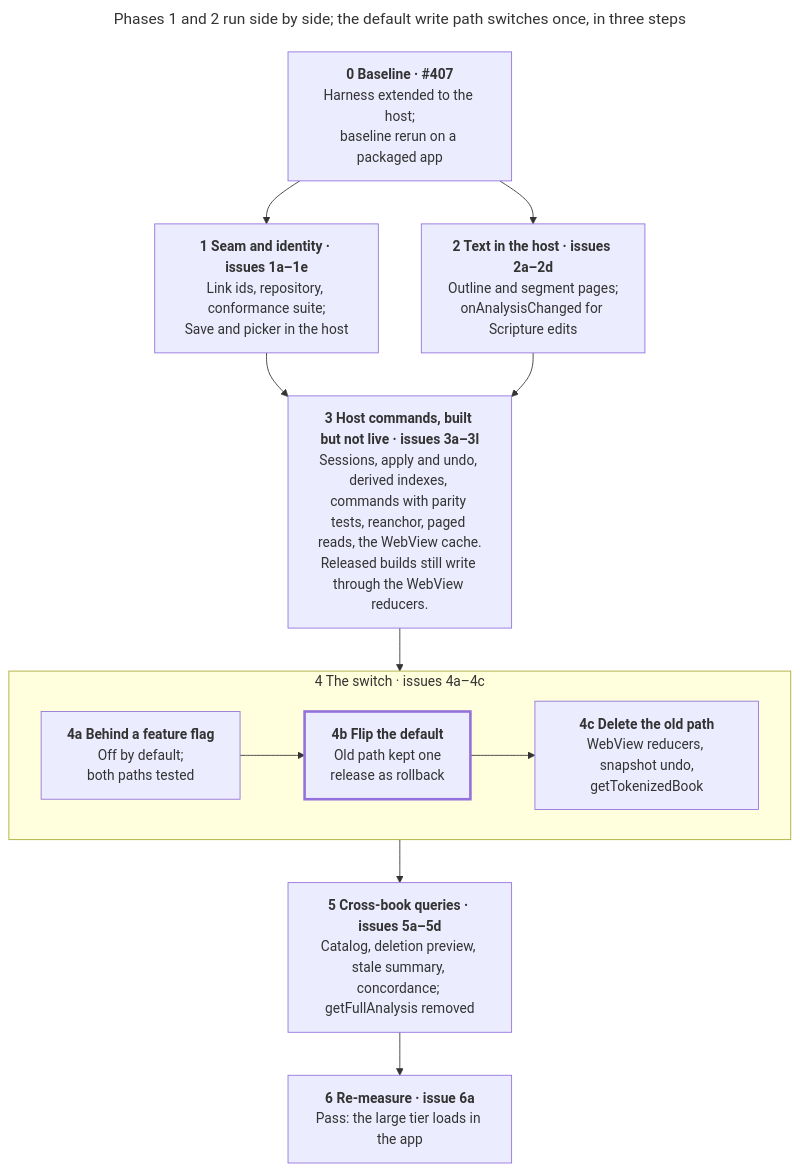
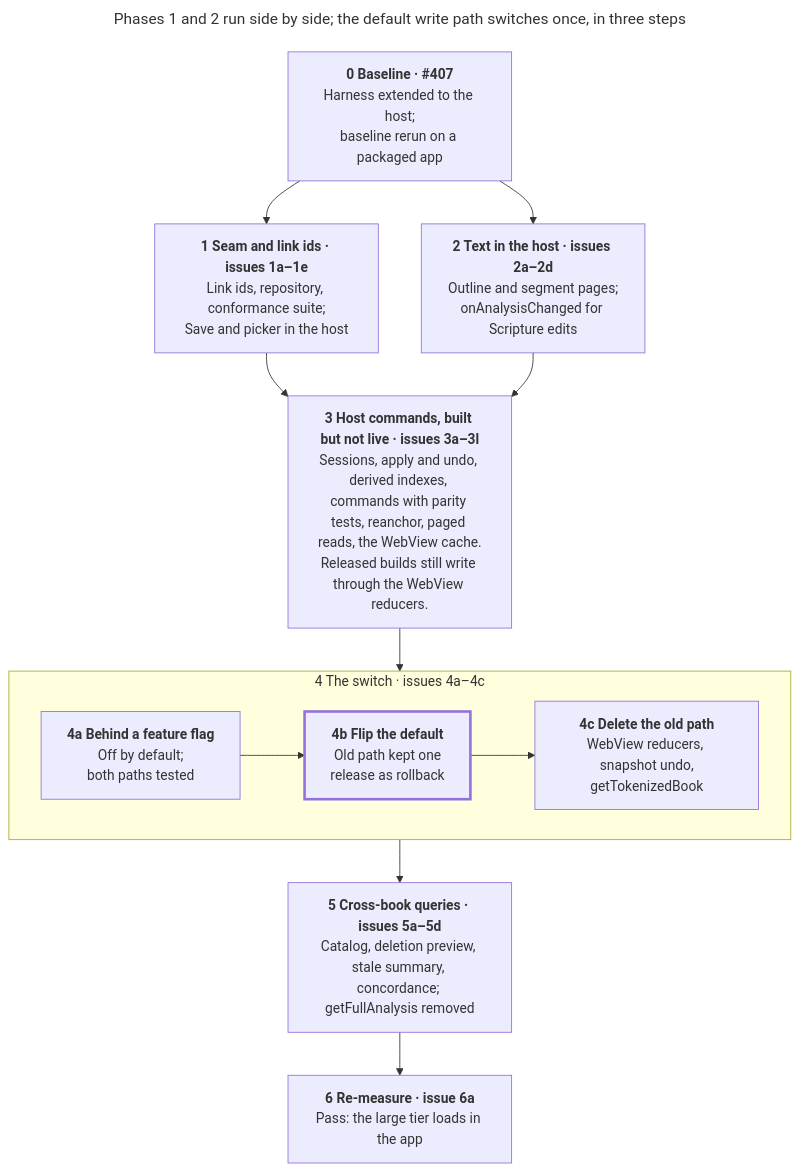
One commit to sillsdev/interlinearizer-extension changed the second of 2 diagrams in docs/data-layer-plan/plan.md. Above: the diagram before and after it, drawn with Mermaid. The commit also changed other lines of this file and 1 other file, not shown here.

First line of the commit message:
Define the data layer plan's storage and seam vocabulary

````diff
--- a/docs/data-layer-plan/plan.md
+++ b/docs/data-layer-plan/plan.md
@@ -109,24 +109,24 @@
 ```mermaid
 ---
 title: Phases 1 and 2 run side by side; the default write path switches once, in three steps
 ---
 flowchart TB
   p0["<b>0 Baseline · #407</b><br/>Harness extended to the host;<br/>baseline rerun on a packaged app"]
-  p1["<b>1 Seam and identity · issues 1a–1e</b><br/>Link ids, repository, conformance suite;<br/>Save and picker in the host"]
+  p1["<b>1 Seam and link ids · issues 1a–1e</b><br/>Link ids, repository, conformance suite;<br/>Save and picker in the host"]
   p2["<b>2 Text in the host · issues 2a–2d</b><br/>Outline and segment pages;<br/>onAnalysisChanged for Scripture edits"]
   p3["<b>3 Host commands, built but not live · issues 3a–3l</b><br/>Sessions, apply and undo, derived indexes, commands with parity tests, reanchor, paged reads, the WebView cache.<br/>Released builds still write through the WebView reducers."]
   subgraph p4["4 The switch · issues 4a–4c"]
     direction LR
     p4a["<b>4a Behind a feature flag</b><br/>Off by default;<br/>both paths tested"]
     p4b["<b>4b Flip the default</b><br/>Old path kept one<br/>release as rollback"]
     p4c["<b>4c Delete the old path</b><br/>WebView reducers, snapshot undo,<br/>getTokenizedBook"]
     p4a --> p4b --> p4c
   end
   p5["<b>5 Cross-book queries · issues 5a–5d</b><br/>Catalog, deletion preview, stale summary, concordance; getFullAnalysis removed"]
   p6["<b>6 Re-measure · issue 6a</b><br/>Pass: the large tier loads in the app"]
   p0 --> p1 & p2
   p1 & p2 --> p3
   p3 --> p4 --> p5 --> p6
   classDef flip stroke-width:3px
   class p4b flip
 ```
````
